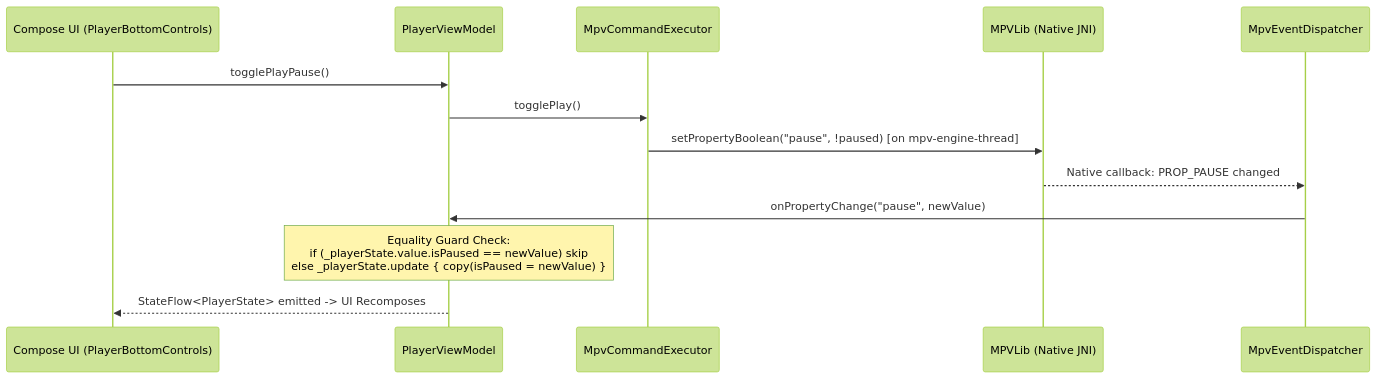
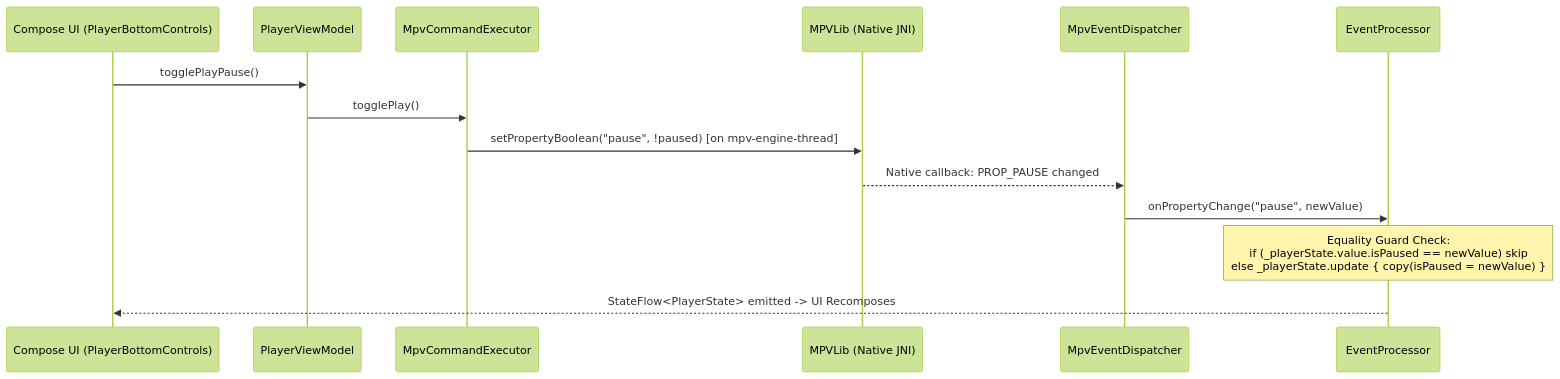
The second of 2 diagrams in map.md (tapman104/potato-diff-v3), drawn with Mermaid (forest theme) before and after one commit. The commit also changed other lines of this file and 4 other files, not shown here.

Commit message:
feat: implement EventProcessor for throttled playback tracking and refactor architecture by removing PlayerCoordinator

````diff
--- a/map.md
+++ b/map.md
@@ -174,16 +174,17 @@
 ```mermaid
 sequenceDiagram
     participant UI as Compose UI (PlayerBottomControls)
     participant VM as PlayerViewModel
     participant EX as MpvCommandExecutor
     participant LIB as MPVLib (Native JNI)
     participant DISP as MpvEventDispatcher
+    participant EP as EventProcessor
 
     UI->>VM: togglePlayPause()
     VM->>EX: togglePlay()
     EX->>LIB: setPropertyBoolean("pause", !paused) [on mpv-engine-thread]
     LIB-->>DISP: Native callback: PROP_PAUSE changed
-    DISP->>VM: onPropertyChange("pause", newValue)
-    Note over VM: Equality Guard Check:<br>if (_playerState.value.isPaused == newValue) skip<br>else _playerState.update { copy(isPaused = newValue) }
-    VM-->>UI: StateFlow<PlayerState> emitted -> UI Recomposes
+    DISP->>EP: onPropertyChange("pause", newValue)
+    Note over EP: Equality Guard Check:<br>if (_playerState.value.isPaused == newValue) skip<br>else _playerState.update { copy(isPaused = newValue) }
+    EP-->>UI: StateFlow<PlayerState> emitted -> UI Recomposes
 ```
````
